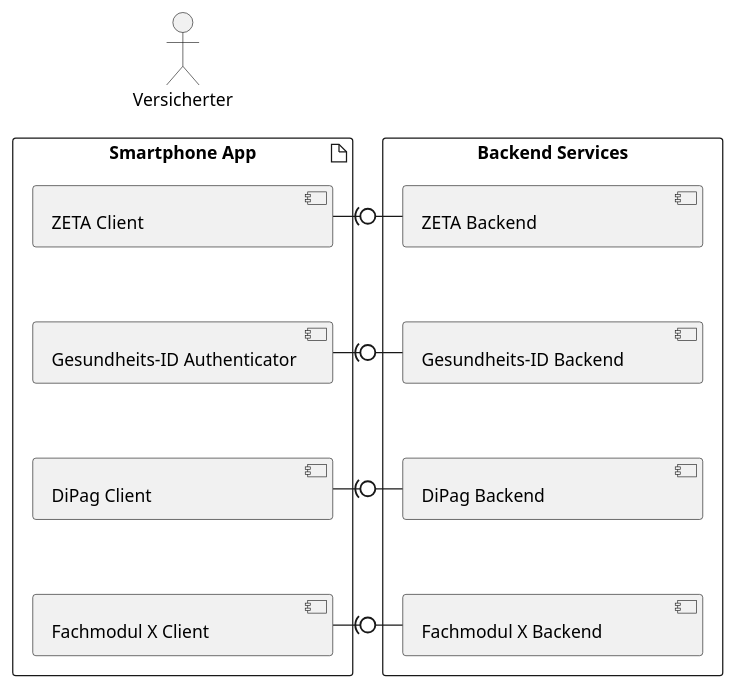
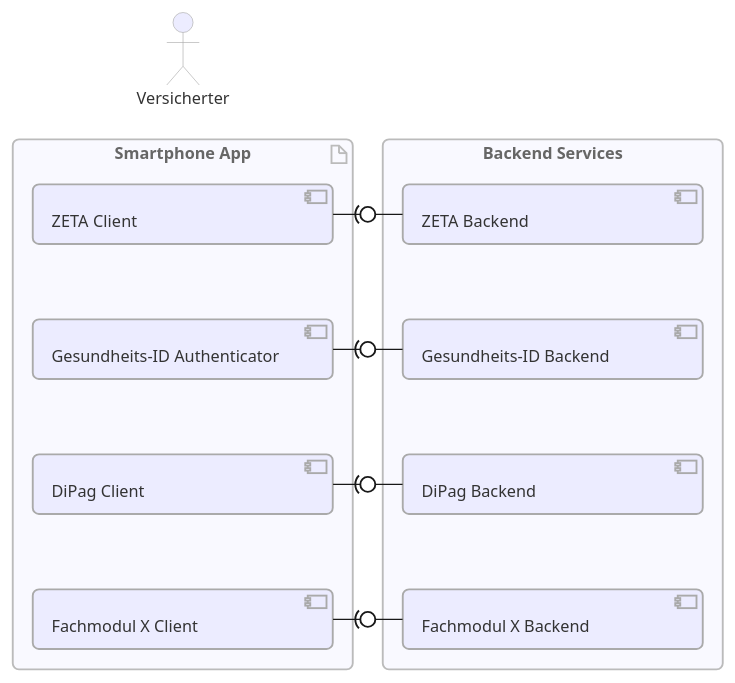
Before and after one commit to gematik/ig-dipag: the diagram in image_src/app_with_modules.puml, drawn with PlantUML. The commit also changed 4 other files, not shown here.

Commit message:
docs: replace diagrams with images and enhance Mermaid styling

```diff
--- a/image_src/app_with_modules.puml
+++ b/image_src/app_with_modules.puml
@@ -1,44 +1,82 @@
 @startuml
+' --- Mermaid-ähnlicher Style ---
+skinparam backgroundColor #FFFFFF
+skinparam shadowing false
+skinparam roundCorner 10
+skinparam defaultFontName "Segoe UI, Trebuchet MS, sans-serif"
+skinparam defaultFontSize 13
+
+skinparam component {
+  BorderColor #AAAAAA
+  BackgroundColor #ECECFF
+  FontColor #333333
+  BorderThickness 1.5
+}
+
+skinparam artifact {
+  BorderColor #BBBBBB
+  BackgroundColor #F9F9FF
+  FontColor #666666
+  BorderThickness 1.5
+}
+
+skinparam rectangle {
+  BorderColor #BBBBBB
+  BackgroundColor #F9F9FF
+  FontColor #666666
+  BorderThickness 1.5
+}
+
+skinparam actor {
+  BorderColor #AAAAAA
+  BackgroundColor #ECECFF
+  FontColor #333333
+}
+
+skinparam interface {
+  BorderColor #AAAAAA
+  BackgroundColor #ECECFF
+}
+' --- Ende Style ---
+
 ' Einheitliche Größe für alle Komponenten
-' Hinweis: Je nach PlantUML-Renderer werden MinimumWidth/MinimumHeight bei component teils ignoriert.
-' Daher nutzen wir zusätzlich einen <style>-Block (wenn unterstützt) und als Fallback bewusst gleiche Zeilenlänge via \n.
 <style>
 component {
   MinimumWidth 200
   MinimumHeight 40
   Padding 20
 }
 </style>
 
 actor Versicherter as v
 artifact "Smartphone App" as app {
   component "ZETA Client" as zc
   component "Gesundheits-ID Authenticator" as gia
   component "DiPag Client" as dpc
   component "Fachmodul X Client" as fxc
 
   ' Layout: untereinander, ohne inhaltliche Abhängigkeiten darzustellen
   zc -[hidden]down- gia
   gia -[hidden]down- dpc
   dpc -[hidden]down- fxc
 }
  v -[hidden]down- zc
 ' Backend Services (je Client-Komponente)
 Rectangle "Backend Services" as backend {
 component "ZETA Backend" as zeta_backend
 component "Gesundheits-ID Backend" as gid_backend
 component "DiPag Backend" as dipag_backend
 component "Fachmodul X Backend" as fx_backend
 }
 ' Verbindungen: Komponente -> passender Backend-Service
 zc  -right(0- zeta_backend
 gia -right(0- gid_backend
 dpc -right(0- dipag_backend
 fxc -right(0- fx_backend
 
 ' Layout-Hilfe: Services untereinander rechts ausrichten
 zeta_backend -[hidden]down- gid_backend
 gid_backend -[hidden]down- dipag_backend
 dipag_backend -[hidden]down- fx_backend
 
 @enduml
```
